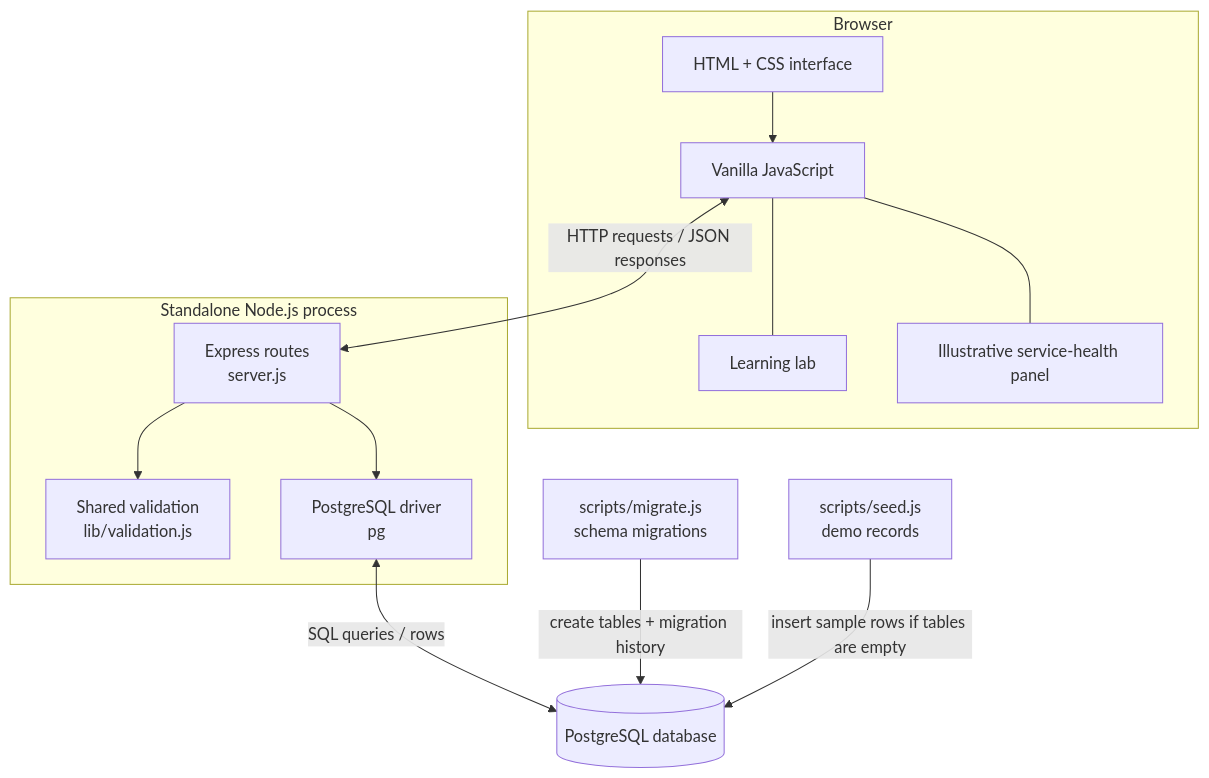
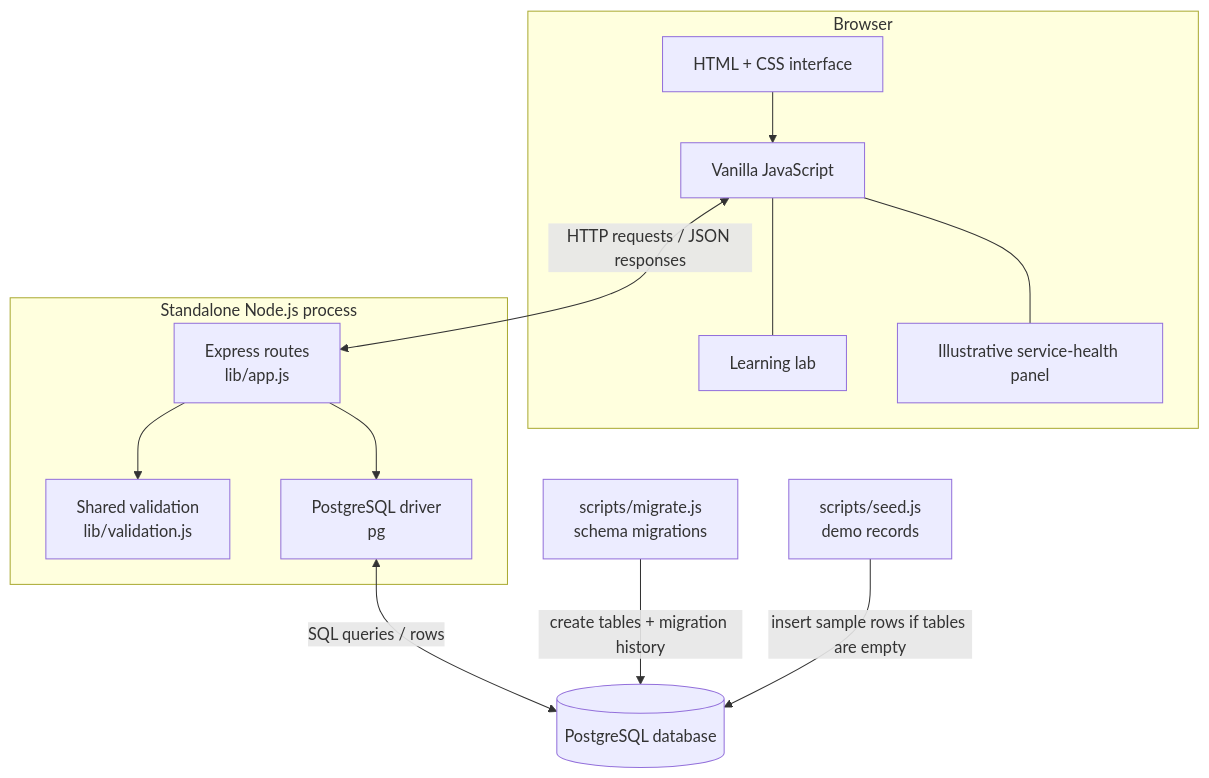
One commit to jothikapugaz/streamops changed the diagram in docs/architecture.md. Above: the diagram before and after it, drawn with Mermaid. The commit also changed other lines of this file and 7 other files, not shown here.

````diff
--- a/docs/architecture.md
+++ b/docs/architecture.md
@@ -7,29 +7,29 @@
 ```mermaid
 flowchart TB
     subgraph Client["Browser"]
       UI["HTML + CSS interface"]
       JS["Vanilla JavaScript"]
       LAB["Learning lab"]
       METRICS["Illustrative service-health panel"]
       UI --> JS
     end
 
     subgraph Server["Standalone Node.js process"]
-      HTTP["Express routes<br/>server.js"]
+      HTTP["Express routes<br/>lib/app.js"]
       VALID["Shared validation<br/>lib/validation.js"]
       DRIVER["PostgreSQL driver<br/>pg"]
       HTTP --> VALID
       HTTP --> DRIVER
     end
 
     DB[("PostgreSQL database")]
     MIGRATE["scripts/migrate.js<br/>schema migrations"]
     SEED["scripts/seed.js<br/>demo records"]
 
     JS <-->|"HTTP requests / JSON responses"| HTTP
     DRIVER <-->|"SQL queries / rows"| DB
     MIGRATE -->|"create tables + migration history"| DB
     SEED -->|"insert sample rows if tables are empty"| DB
     JS --- LAB
     JS --- METRICS
 ```
````
